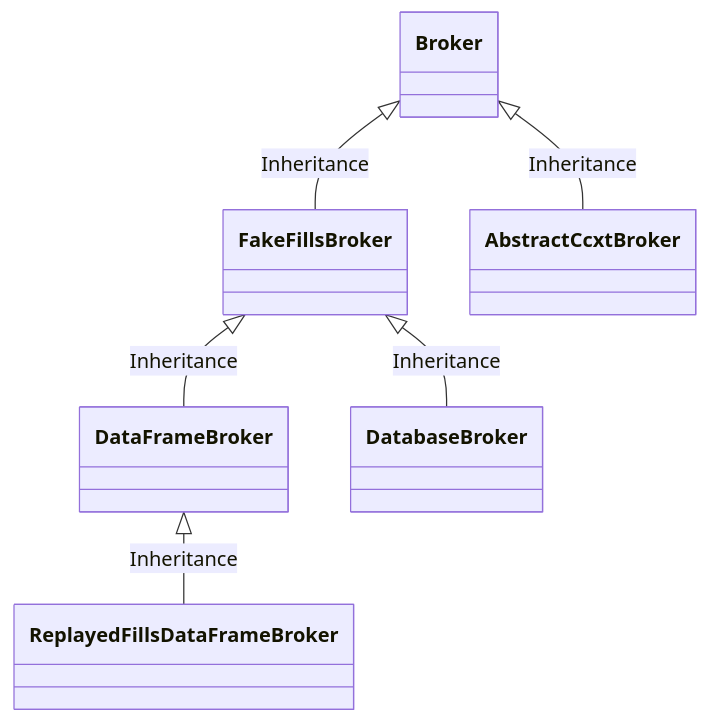
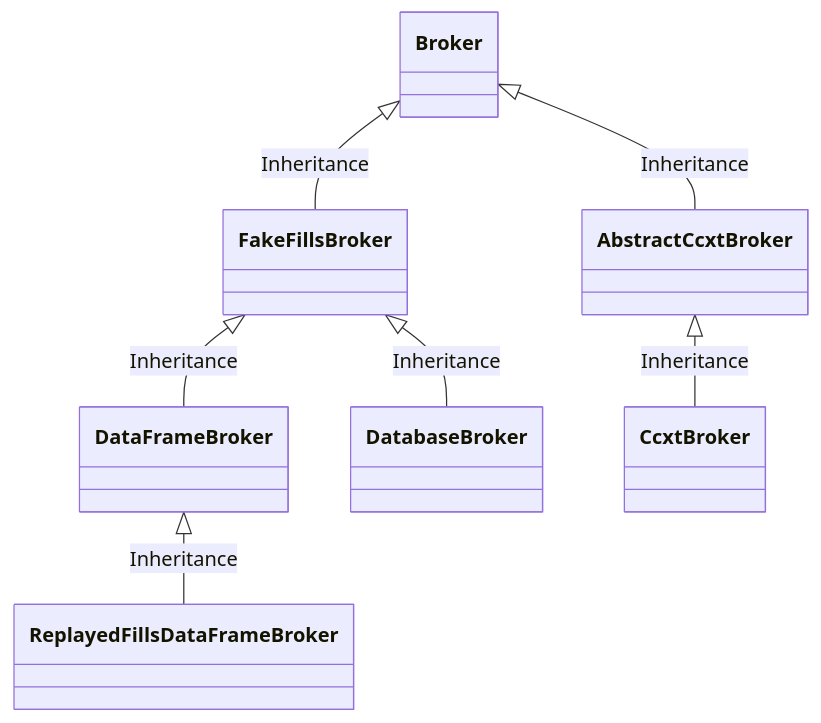
Before and after one commit to kaizen-ai/kaizenflow: the seventh of 10 diagrams in docs/all.software_components.reference.md, drawn with Mermaid. The commit also changed other lines of this file and 71 other files, not shown here.

````diff
--- a/docs/all.software_components.reference.md
+++ b/docs/all.software_components.reference.md
@@ -547,9 +554,10 @@
 ```mermaid
 classDiagram
 Broker <|-- FakeFillsBroker : Inheritance
 FakeFillsBroker <|-- DataFrameBroker : Inheritance
 DataFrameBroker <|-- ReplayedFillsDataFrameBroker : Inheritance
 FakeFillsBroker <|-- DatabaseBroker : Inheritance
 
 Broker <|-- AbstractCcxtBroker : Inheritance
+AbstractCcxtBroker <|-- CcxtBroker : Inheritance
 ```
````
